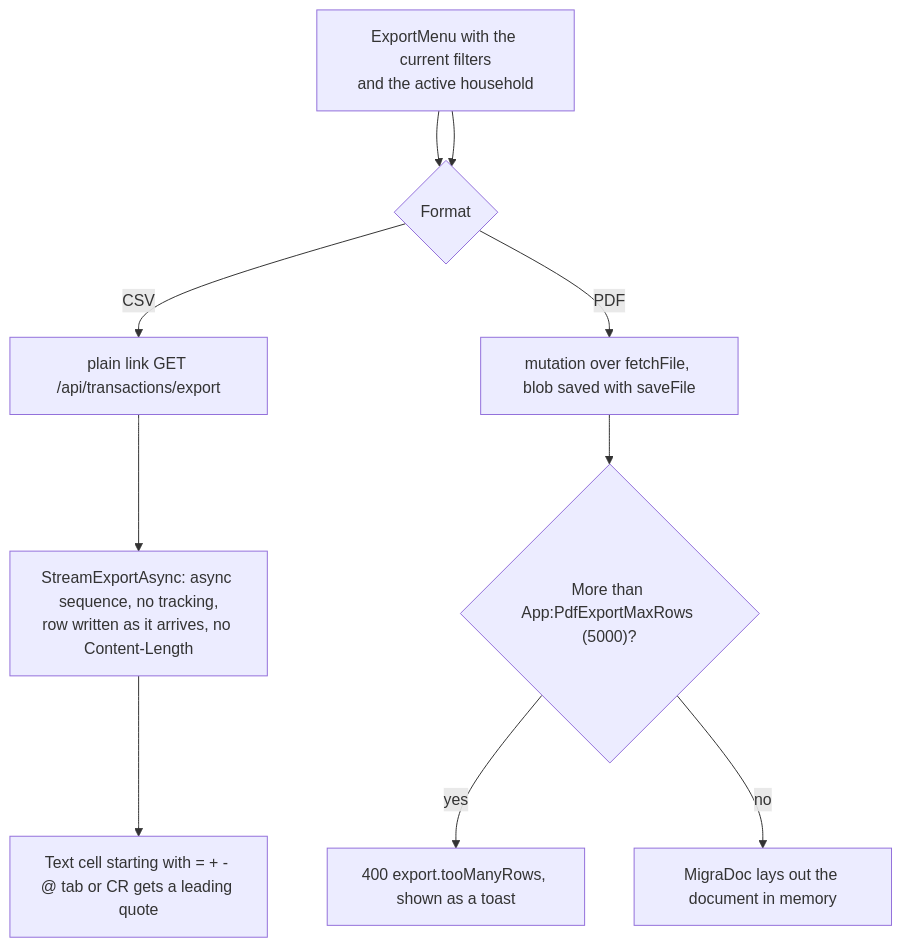
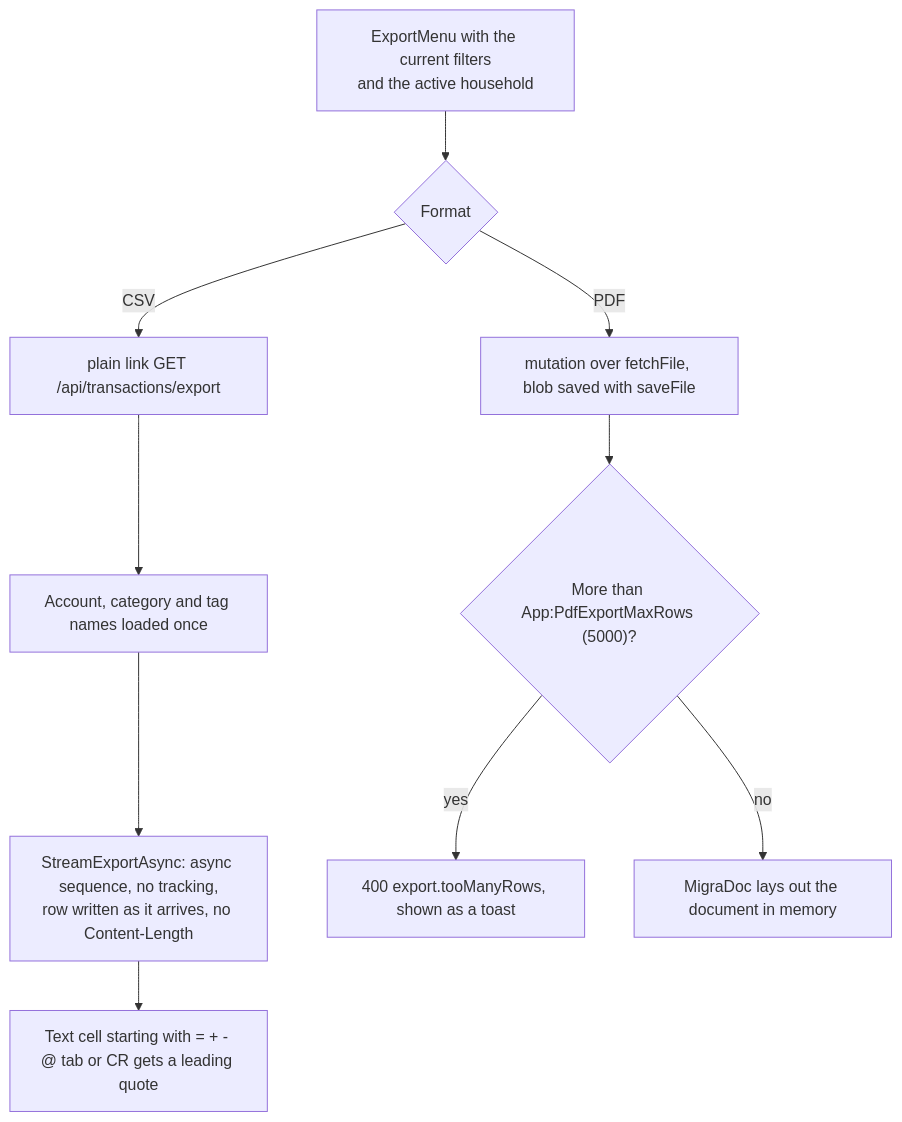
One commit to Justxs/Jx-Finance changed the first of 2 diagrams in docs/features/19. Exports.md. Above: the diagram before and after it, drawn with Mermaid. The commit also changed other lines of this file and 156 other files, not shown here.

````diff
--- a/docs/features/19. Exports.md
+++ b/docs/features/19. Exports.md
@@ -5,12 +5,12 @@
 ```mermaid
 flowchart TD
-    Menu["ExportMenu with the current filters"] --> Kind{"Format"}
     Menu["ExportMenu with the current filters<br/>and the active household"] --> Kind{"Format"}
     Kind -->|"CSV"| Link["plain link GET /api/transactions/export"]
-    Link --> Stream["StreamExportAsync: async sequence, no tracking,<br/>row written as it arrives, no Content-Length"]
+    Link --> Names["Account, category and tag names loaded once"]
+    Names --> Stream["StreamExportAsync: async sequence, no tracking,<br/>row written as it arrives, no Content-Length"]
     Stream --> Guard["Text cell starting with = + - @ tab or CR gets a leading quote"]
     Kind -->|"PDF"| Fetch["mutation over fetchFile, blob saved with saveFile"]
     Fetch --> Cap{"More than App:PdfExportMaxRows (5000)?"}
     Cap -->|"yes"| Too["400 export.tooManyRows, shown as a toast"]
     Cap -->|"no"| Pdf["MigraDoc lays out the document in memory"]
 ```
````
